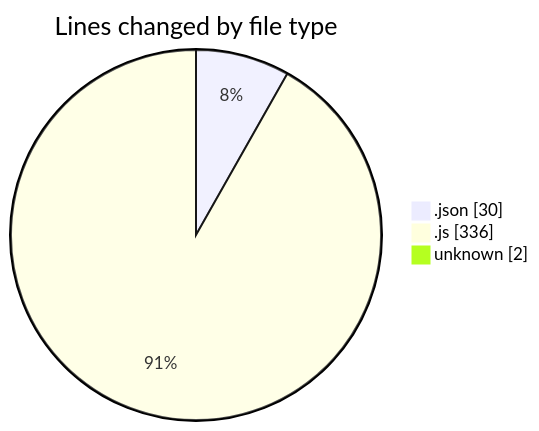
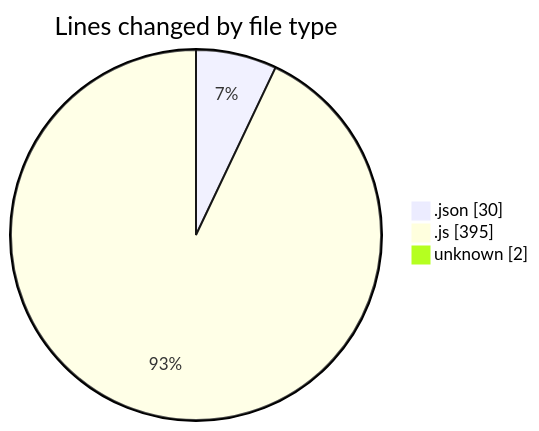
Before and after one commit to Ritupan-Deka/code-tracking: the first of 2 diagrams in 2025-07-16/mern-workoutboard/README.md, drawn with Mermaid. The commit also changed other lines of this file and 1 other file, not shown here.

````diff
--- a/2025-07-16/mern-workoutboard/README.md
+++ b/2025-07-16/mern-workoutboard/README.md
@@ -23,7 +24,7 @@
 ```mermaid
 pie showData
 title Lines changed by file type
 ".json" : 30
-".js" : 336
+".js" : 395
 "unknown" : 2
 ```
````
